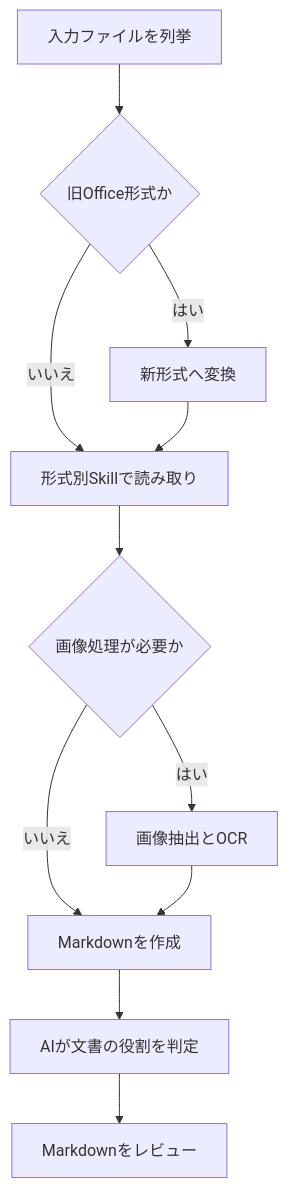
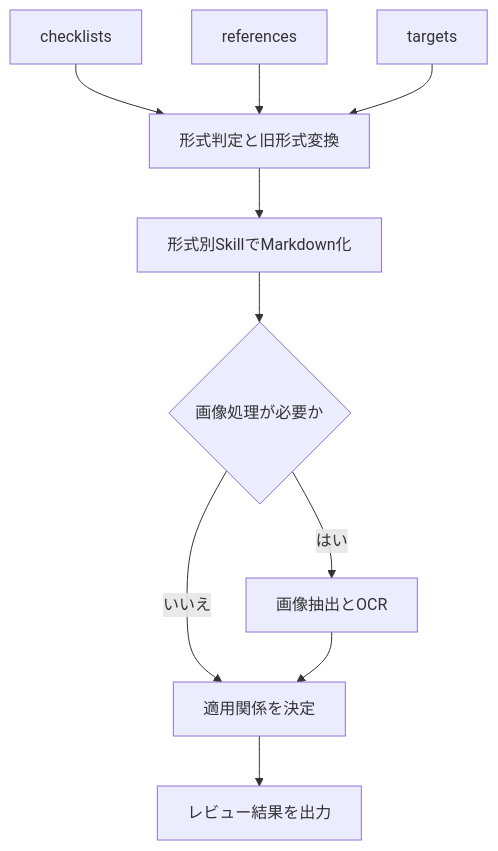
One commit to nyk98dk7nq-oss/CodexSkills-review changed the diagram in README.md. Above: the diagram before and after it, drawn with Mermaid. The commit also changed other lines of this file and 9 other files, not shown here.

````diff
--- a/README.md
+++ b/README.md
@@ -278,13 +362,12 @@
 ```mermaid
 flowchart TD
-    A[入力ファイルを列挙] --> B{旧Office形式か}
-    B -->|はい| C[新形式へ変換]
-    B -->|いいえ| D[形式別Skillで読み取り]
-    C --> D
-    D --> E{画像処理が必要か}
-    E -->|はい| F[画像抽出とOCR]
-    E -->|いいえ| G[Markdownを作成]
-    F --> G
-    G --> H[AIが文書の役割を判定]
-    H --> I[Markdownをレビュー]
+    A[checklists] --> D[形式判定と旧形式変換]
+    B[references] --> D
+    C[targets] --> D
+    D --> E[形式別SkillでMarkdown化]
+    E --> F{画像処理が必要か}
+    F -->|はい| G[画像抽出とOCR]
+    F -->|いいえ| H[適用関係を決定]
+    G --> H
+    H --> I[レビュー結果を出力]
 ```
````
